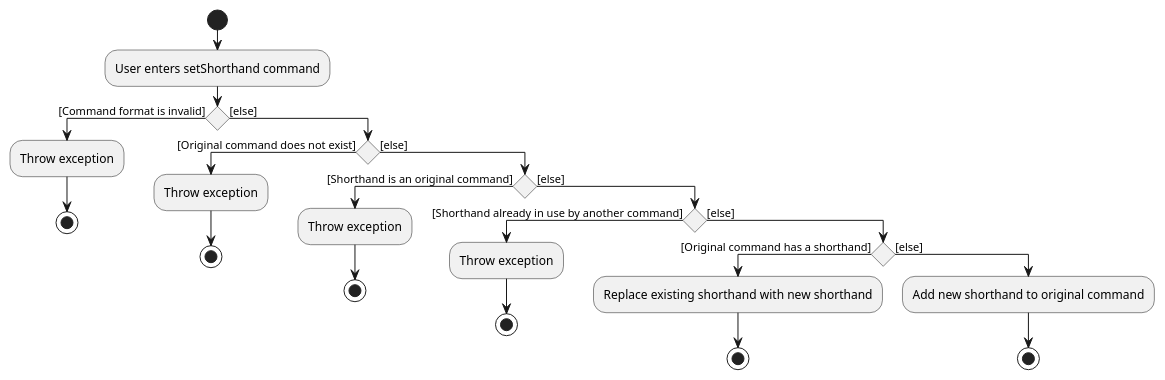
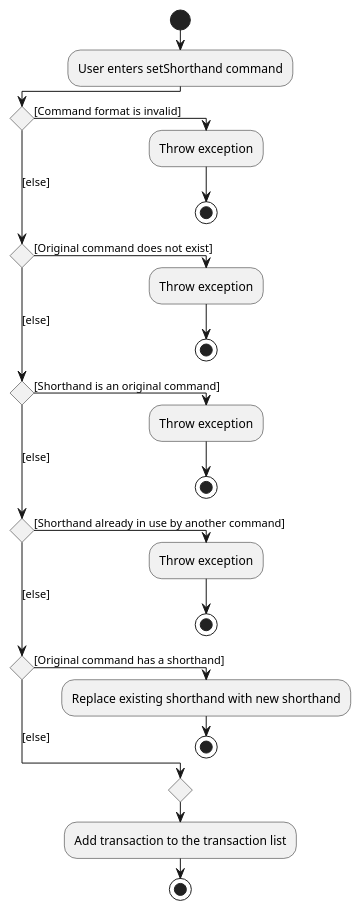
One commit to wui-hong/tp changed the diagram in docs/diagrams/SetShorthandCommandActivityDiagram.puml. Above: the diagram before and after it, drawn with PlantUML.

Commit message:
Standardise activity diagram

```diff
--- a/docs/diagrams/SetShorthandCommandActivityDiagram.puml
+++ b/docs/diagrams/SetShorthandCommandActivityDiagram.puml
@@ -1,32 +1,26 @@
 @startuml
 !pragma useVerticalIf on
 start
 :User enters setShorthand command;
 if () then ([Command format is invalid])
   :Throw exception;
   stop
+([else]) elseif () then ([Original command does not exist])
+  :Throw exception;
+  stop
+([else]) elseif () then ([Shorthand is an original command])
+  :Throw exception;
+  stop
+([else]) elseif () then ([Shorthand already in use by another command])
+  :Throw exception;
+  stop
+([else]) elseif () then ([Original command has a shorthand])
+  :Replace existing shorthand with new shorthand;
+  stop
 else ([else])
-  if () then ([Original command does not exist])
-    :Throw exception;
-    stop
-  else ([else])
-    if () then ([Shorthand is an original command])
-      :Throw exception;
-      stop
-    else ([else])
-      if () then ([Shorthand already in use by another command])
-        :Throw exception;
-        stop
-      else ([else])
-        if () then ([Original command has a shorthand])
-          :Replace existing shorthand with new shorthand;
-          stop
-        else ([else])
-          :Add new shorthand to original command;
-          stop
-        endif
-      endif
-    endif
-  endif
 endif
+  :Add transaction to the transaction list;
+
+
+stop
 @enduml
```
